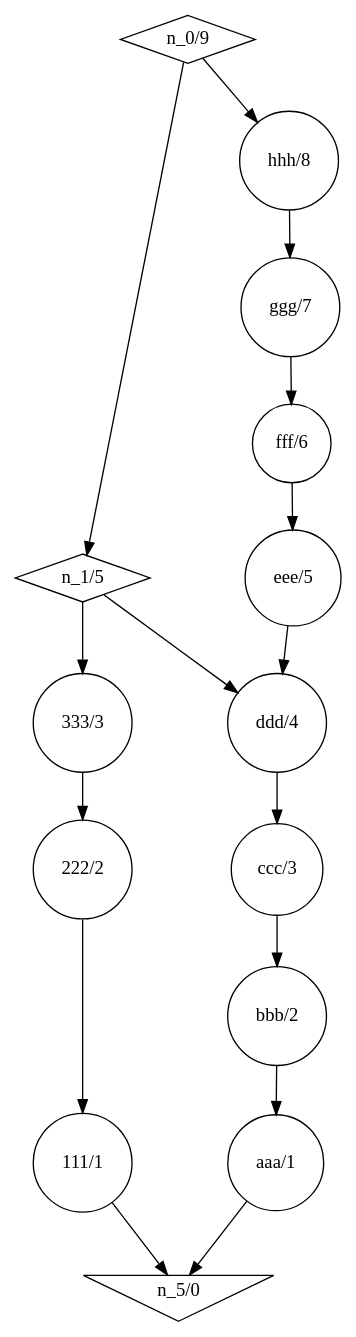
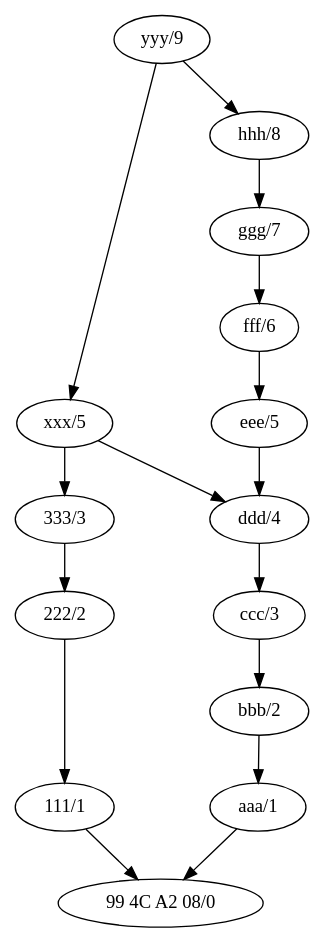
One commit to fsantanna-no/freechains changed the diagram in tst/tst-ac-02.dot. Above: the diagram before and after it, drawn with Graphviz. The commit also changed 6 other files, not shown here.

```diff
--- a/tst/tst-ac-02.dot
+++ b/tst/tst-ac-02.dot
@@ -1,37 +1,37 @@
     digraph graphname {
         //rankdir=LR;  // Rank Direction Left to Right
 
         nodesep=1.0 // increases the separation between nodes
         edge [];
         //splines = true;
 
-        n_5[label="n_5/0", shape=invtriangle];
-n_4[label="111/1", shape=circle];
-n_3[label="222/2", shape=circle];
-n_2[label="333/3", shape=circle];
-n_9[label="aaa/1", shape=circle];
-n_8[label="bbb/2", shape=circle];
-n_7[label="ccc/3", shape=circle];
-n_6[label="ddd/4", shape=circle];
-n_1[label="n_1/5", shape=diamond];
-n_13[label="eee/5", shape=circle];
-n_12[label="fff/6", shape=circle];
-n_11[label="ggg/7", shape=circle];
-n_10[label="hhh/8", shape=circle];
-n_0[label="n_0/9", shape=diamond];
+        n_5[label="99 4C A2 08/0"];
+n_4[label="111/1"];
+n_3[label="222/2"];
+n_2[label="333/3"];
+n_9[label="aaa/1"];
+n_8[label="bbb/2"];
+n_7[label="ccc/3"];
+n_6[label="ddd/4"];
+n_1[label="xxx/5"];
+n_13[label="eee/5"];
+n_12[label="fff/6"];
+n_11[label="ggg/7"];
+n_10[label="hhh/8"];
+n_0[label="yyy/9"];
         n_4 -> n_5
 n_3 -> n_4
 n_2 -> n_3
 n_1 -> n_2
 n_9 -> n_5
 n_8 -> n_9
 n_7 -> n_8
 n_6 -> n_7
 n_1 -> n_6
 n_0 -> n_1
 n_13 -> n_6
 n_12 -> n_13
 n_11 -> n_12
 n_10 -> n_11
 n_0 -> n_10
     }
```
